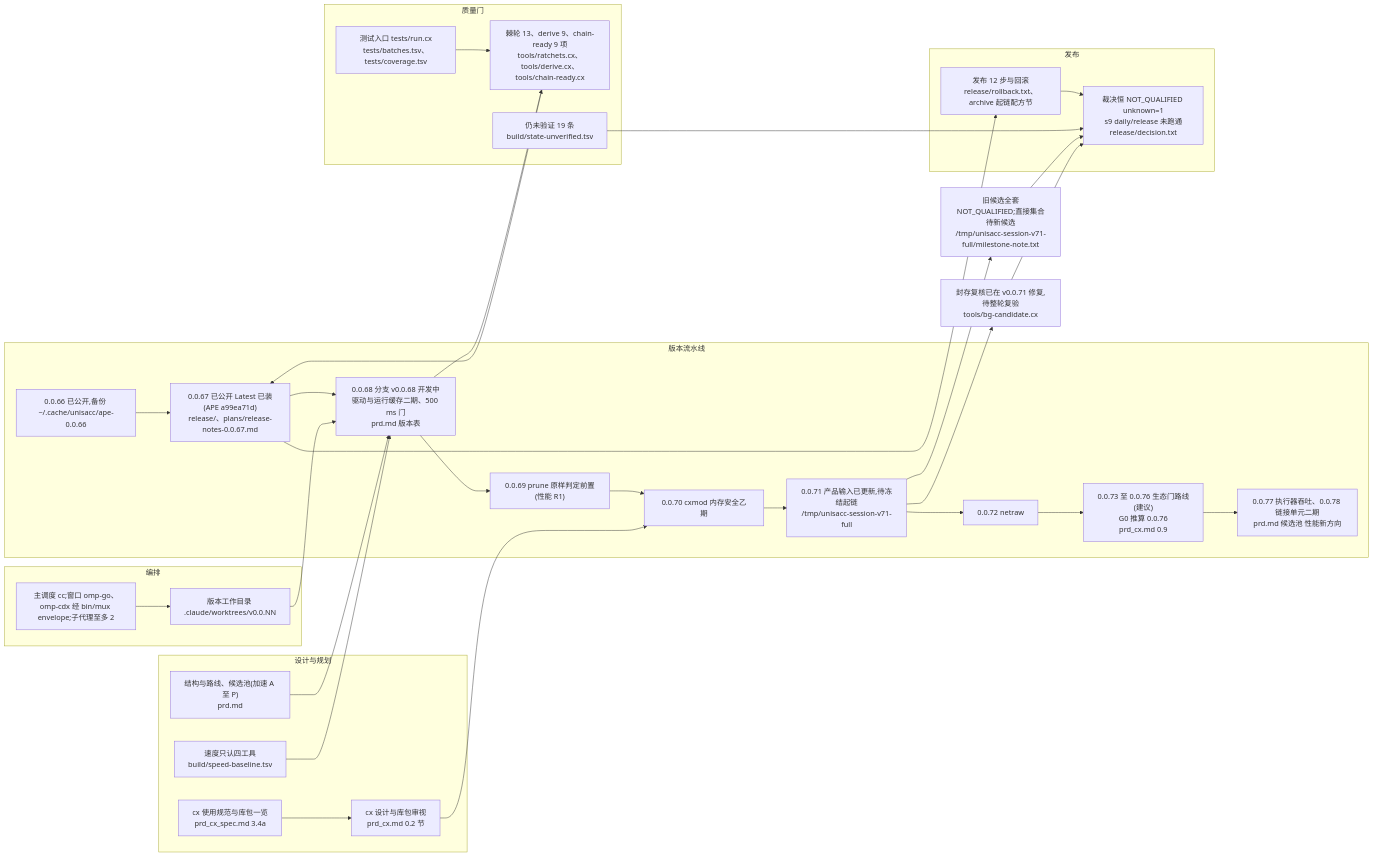
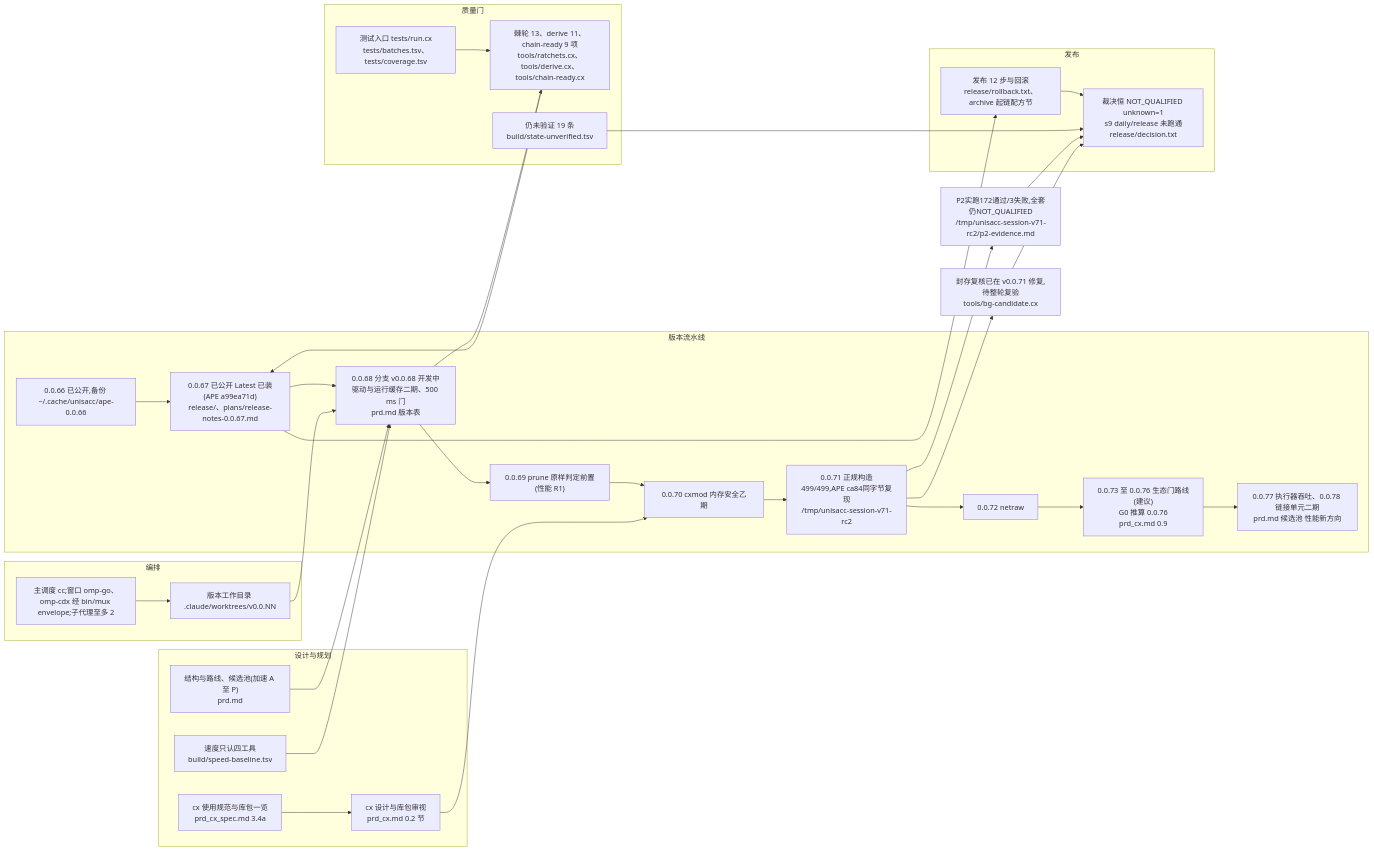
The diagram in prd_mempalace.md (partnernetsoftware/unisacc), drawn with Mermaid before and after one commit. The commit also changed other lines of this file and 17 other files, not shown here.

````diff
--- a/prd_mempalace.md
+++ b/prd_mempalace.md
@@ -15,48 +15,48 @@
 ```mermaid
 flowchart LR
   subgraph 版本流水线
     V66["0.0.66 已公开,备份 ~/.cache/unisacc/ape-0.0.66"]
     V67["0.0.67 已公开 Latest 已装(APE a99ea71d)<br/>release/、plans/release-notes-0.0.67.md"]
     V68["0.0.68 分支 v0.0.68 开发中<br/>驱动与运行缓存二期、500 ms 门<br/>prd.md 版本表"]
     V69["0.0.69 prune 原样判定前置(性能 R1)"]
     V70["0.0.70 cxmod 内存安全乙期"]
-    V71["0.0.71 产品输入已更新,待冻结起链<br/>/tmp/unisacc-session-v71-full"]
+    V71["0.0.71 正规构造499/499,APE ca84同字节复现<br/>/tmp/unisacc-session-v71-rc2"]
     V72["0.0.72 netraw"]
     ECO["0.0.73 至 0.0.76 生态门路线(建议)<br/>G0 推算 0.0.76<br/>prd_cx.md 0.9"]
     PERF["0.0.77 执行器吞吐、0.0.78 链接单元二期<br/>prd.md 候选池 性能新方向"]
     V66 --> V67 --> V68 --> V69 --> V70 --> V71 --> V72 --> ECO --> PERF
   end
   subgraph 发布
     REL["发布 12 步与回滚<br/>release/rollback.txt、archive 起链配方节"]
     Q["裁决恒 NOT_QUALIFIED unknown=1<br/>s9 daily/release 未跑通<br/>release/decision.txt"]
   end
   subgraph 质量门
-    GATE["棘轮 13、derive 9、chain-ready 9 项<br/>tools/ratchets.cx、tools/derive.cx、tools/chain-ready.cx"]
+    GATE["棘轮 13、derive 11、chain-ready 9 项<br/>tools/ratchets.cx、tools/derive.cx、tools/chain-ready.cx"]
     TEST["测试入口 tests/run.cx<br/>tests/batches.tsv、tests/coverage.tsv"]
     UV["仍未验证 19 条<br/>build/state-unverified.tsv"]
   end
   subgraph 设计与规划
     PRD["结构与路线、候选池(加速 A 至 P)<br/>prd.md"]
     CX["cx 设计与库包审视<br/>prd_cx.md 0.2 节"]
     SPEC["cx 使用规范与库包一览<br/>prd_cx_spec.md 3.4a"]
     SPEED["速度只认四工具<br/>build/speed-baseline.tsv"]
   end
   subgraph 编排
     ORCH["主调度 cc;窗口 omp-go、omp-cdx 经 bin/mux envelope;子代理至多 2"]
     WT["版本工作目录 .claude/worktrees/v0.0.NN"]
   end
   V67 --> REL --> Q
   V68 --> GATE
   GATE --> V67
   TEST --> GATE
   UV --> Q
   PRD --> V68
   CX --> V70
   SPEC --> CX
   SPEED --> V68
   ORCH --> WT --> V68
-  T71["旧候选全套NOT_QUALIFIED;直接集合待新候选<br/>/tmp/unisacc-session-v71-full/milestone-note.txt"]
+  T71["P2实跑172通过/3失败,全套仍NOT_QUALIFIED<br/>/tmp/unisacc-session-v71-rc2/p2-evidence.md"]
   S71["封存复核已在 v0.0.71 修复,待整轮复验<br/>tools/bg-candidate.cx"]
   V71 --> T71 --> Q
   V71 --> S71 --> Q
 ```
````
